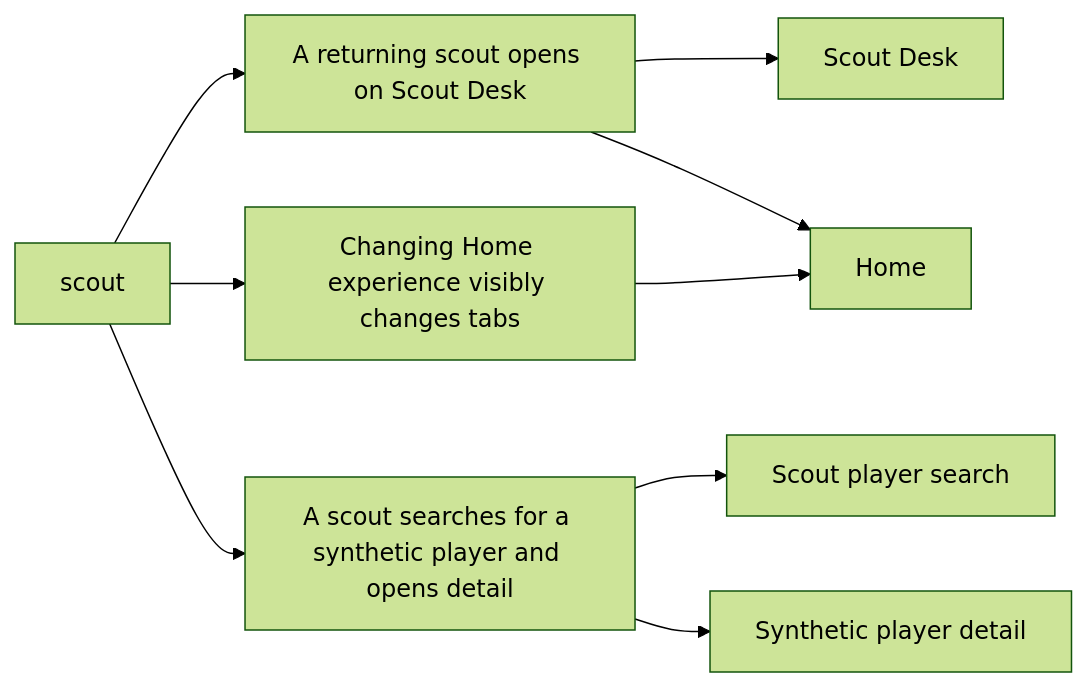
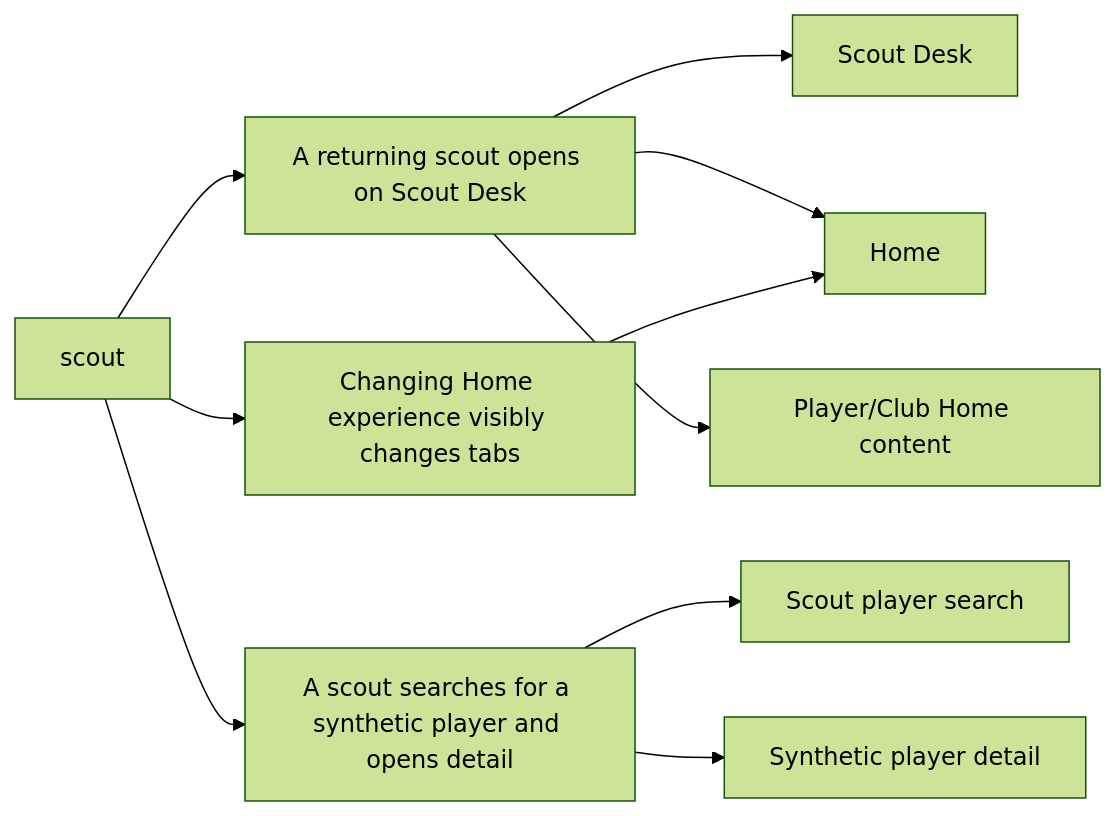
Before and after one commit to performlikemj/the-academy-watch: the first of 3 diagrams in academy-watch-ios/sim/STORY_MAP.md, drawn with Mermaid (forest theme). The commit also changed other lines of this file and 101 other files, not shown here.

````diff
--- a/academy-watch-ios/sim/STORY_MAP.md
+++ b/academy-watch-ios/sim/STORY_MAP.md
@@ -9,20 +9,22 @@
 ```mermaid
 flowchart LR
   classDef unproven stroke-dasharray: 5 5
   n146b7b0253793f2cd50ea32f["scout"]
   n798d060a35dba53a8c335cde["Scout Desk"]
   nc96d5cf53bf0d0dfeb32ff3e["Home"]
   n078dfcb839527d3a44b45781["Scout player search"]
   nbcf95f94224ba94140962121["Synthetic player detail"]
+  n84ba303d0e5cd68708b7e769["Player#47;Club Home content"]
   n94cfb1e84bd2610fabbcad73["A returning scout opens on Scout Desk"]
   n146b7b0253793f2cd50ea32f --> n94cfb1e84bd2610fabbcad73
   n94cfb1e84bd2610fabbcad73 --> n798d060a35dba53a8c335cde
   n94cfb1e84bd2610fabbcad73 --> nc96d5cf53bf0d0dfeb32ff3e
+  n94cfb1e84bd2610fabbcad73 --> n84ba303d0e5cd68708b7e769
   n523dc9d2c8f6b3292ef7c403["Changing Home experience visibly changes tabs"]
   n146b7b0253793f2cd50ea32f --> n523dc9d2c8f6b3292ef7c403
   n523dc9d2c8f6b3292ef7c403 --> nc96d5cf53bf0d0dfeb32ff3e
   n116deaa81436aece1a5dd821["A scout searches for a synthetic player and opens detail"]
   n146b7b0253793f2cd50ea32f --> n116deaa81436aece1a5dd821
   n116deaa81436aece1a5dd821 --> n078dfcb839527d3a44b45781
   n116deaa81436aece1a5dd821 --> nbcf95f94224ba94140962121
 ```
````
